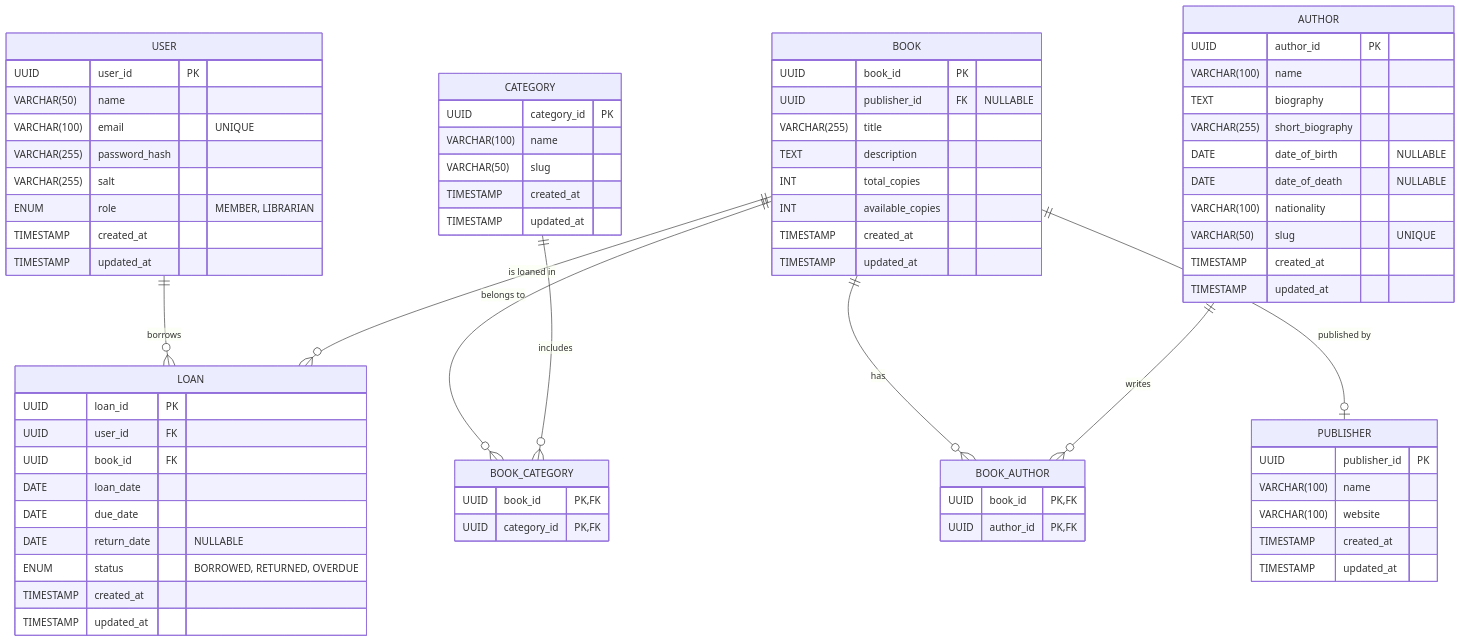
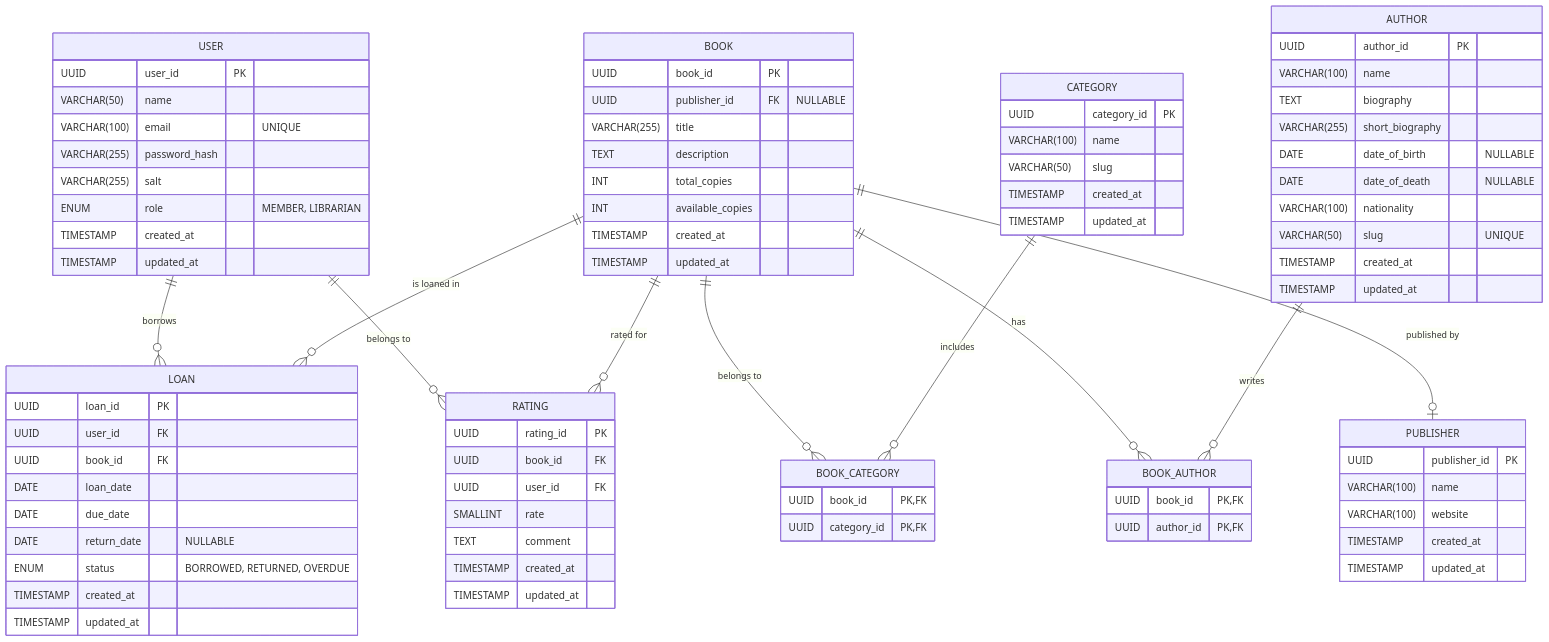
The diagram in README.md (2giosangmitom/library-management), drawn with Mermaid before and after one commit. The commit also changed 2 other files, not shown here.

Commit message:
feat(api): add Rating model

````diff
--- a/README.md
+++ b/README.md
@@ -81,6 +81,16 @@
     TIMESTAMP updated_at
   }
 
+  RATING {
+    UUID rating_id PK
+    UUID book_id FK
+    UUID user_id FK
+    SMALLINT rate
+    TEXT comment
+    TIMESTAMP created_at
+    TIMESTAMP updated_at
+  }
+
   USER ||--o{ LOAN: "borrows"
   BOOK ||--o{ LOAN: "is loaned in"
   BOOK ||--o{ BOOK_AUTHOR: "has"
@@ -88,4 +98,6 @@
   AUTHOR ||--o{ BOOK_AUTHOR: "writes"
   BOOK ||--o{ BOOK_CATEGORY: "belongs to"
   CATEGORY ||--o{ BOOK_CATEGORY: "includes"
+  USER ||--o{ RATING: "belongs to"
+  BOOK ||--o{ RATING: "rated for"
 ```
````
